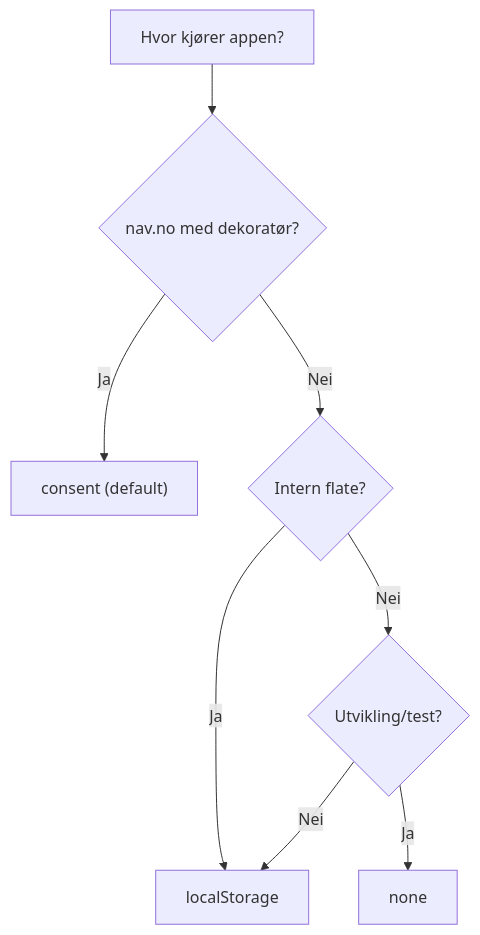
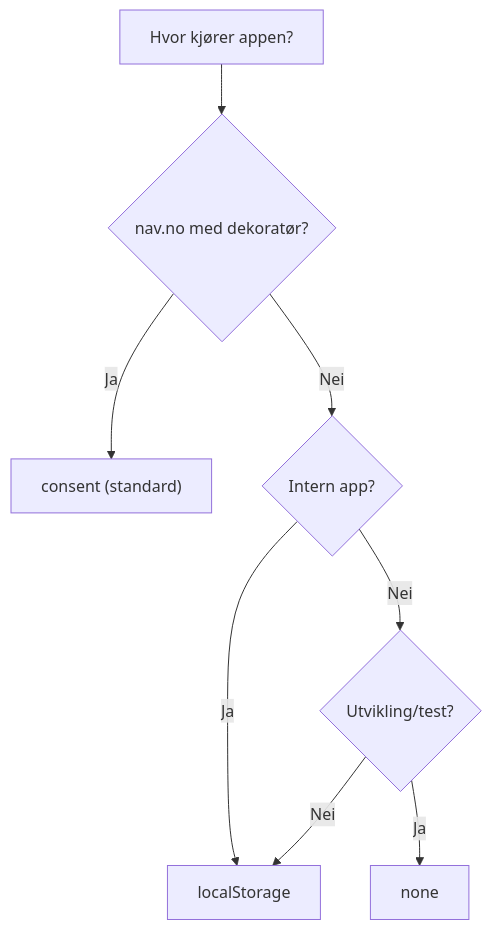
Before and after one commit to navikt/lumi: the diagram in docs/guider/lagring.md, drawn with Mermaid. The commit also changed other lines of this file and 36 other files, not shown here.

````diff
--- a/docs/guider/lagring.md
+++ b/docs/guider/lagring.md
@@ -91,10 +109,10 @@
 ```mermaid
 flowchart TD
     A["Hvor kjører appen?"] --> B{"nav.no med dekoratør?"}
-    B -->|Ja| C["consent (default)"]
-    B -->|Nei| D{"Intern flate?"}
+    B -->|Ja| C["consent (standard)"]
+    B -->|Nei| D{"Intern app?"}
     D -->|Ja| E["localStorage"]
     D -->|Nei| F{"Utvikling/test?"}
     F -->|Ja| G["none"]
     F -->|Nei| E
 ```
````
